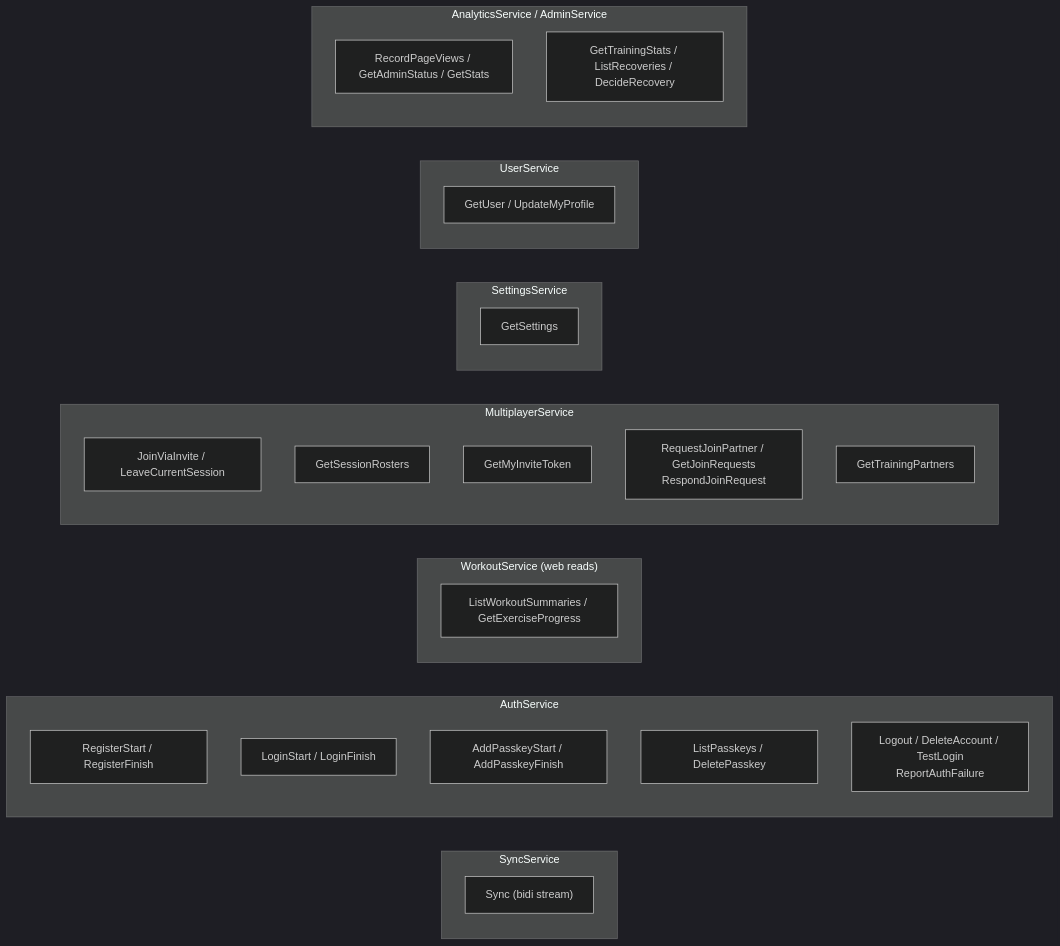
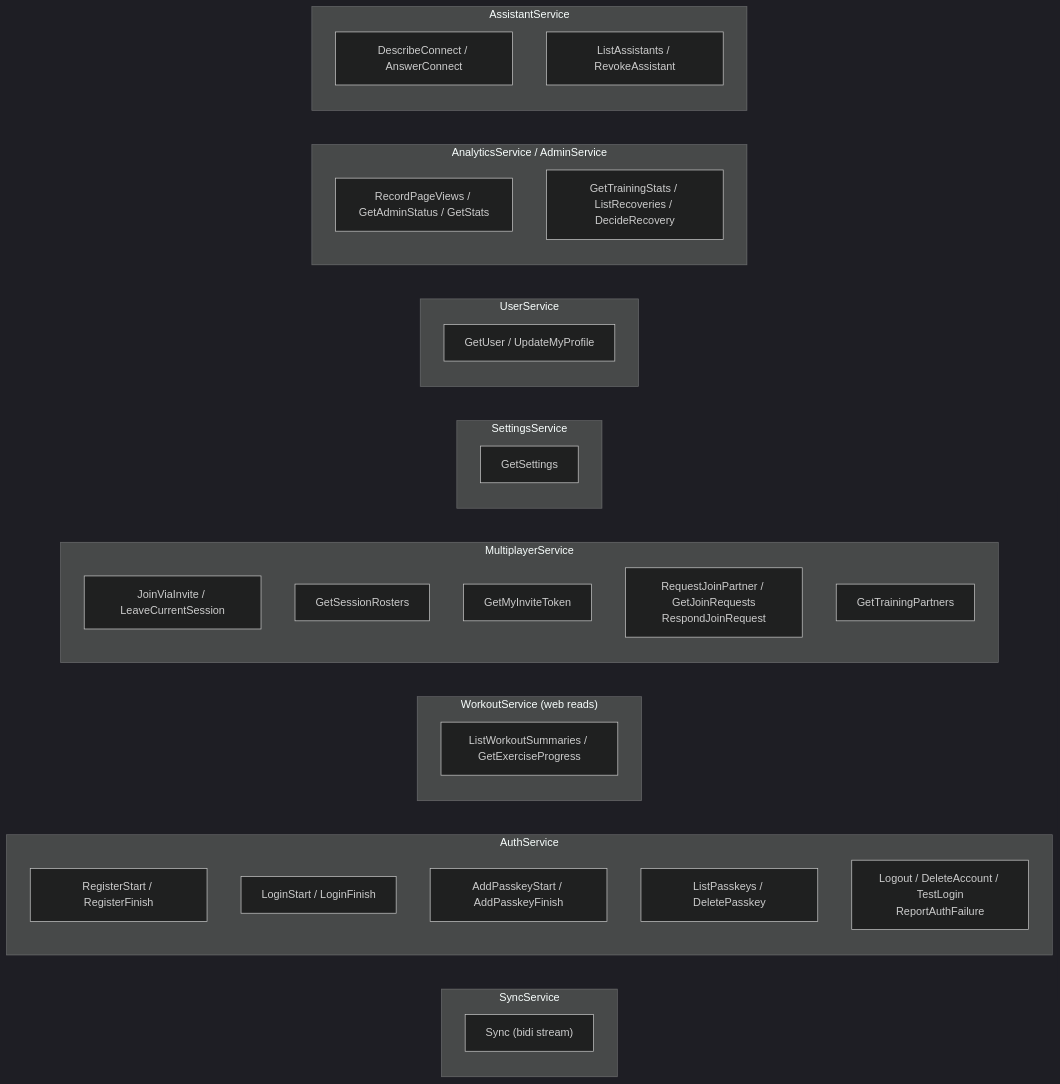
One commit to brensch/lift changed the third of 3 diagrams in docs/architecture/backend.md. Above: the diagram before and after it, drawn with Mermaid (dark theme). The commit also changed other lines of this file and 8 other files, not shown here.

First line of the commit message:
Docs: the architecture as built on programs

````diff
--- a/docs/architecture/backend.md
+++ b/docs/architecture/backend.md
@@ -169,33 +198,37 @@
 ```mermaid
 graph LR
     subgraph "SyncService"
         y1["Sync (bidi stream)"]
     end
     subgraph "AuthService"
         a1["RegisterStart / RegisterFinish"]
         a2["LoginStart / LoginFinish"]
         a3["AddPasskeyStart / AddPasskeyFinish"]
         a4["ListPasskeys / DeletePasskey"]
         a5["Logout / DeleteAccount / TestLogin<br/>ReportAuthFailure"]
     end
     subgraph "WorkoutService (web reads)"
         w1["ListWorkoutSummaries / GetExerciseProgress"]
     end
     subgraph "MultiplayerService"
         m1["JoinViaInvite / LeaveCurrentSession"]
         m2["GetSessionRosters"]
         m3["GetMyInviteToken"]
         m4["RequestJoinPartner / GetJoinRequests<br/>RespondJoinRequest"]
         m5["GetTrainingPartners"]
     end
     subgraph "SettingsService"
         s1["GetSettings"]
     end
     subgraph "UserService"
         u1["GetUser / UpdateMyProfile"]
     end
     subgraph "AnalyticsService / AdminService"
         x1["RecordPageViews / GetAdminStatus / GetStats"]
         x2["GetTrainingStats / ListRecoveries / DecideRecovery"]
     end
+    subgraph "AssistantService"
+        as1["DescribeConnect / AnswerConnect"]
+        as2["ListAssistants / RevokeAssistant"]
+    end
 ```
````
